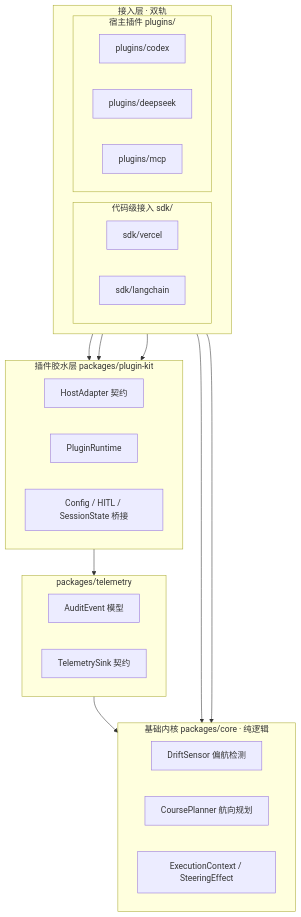
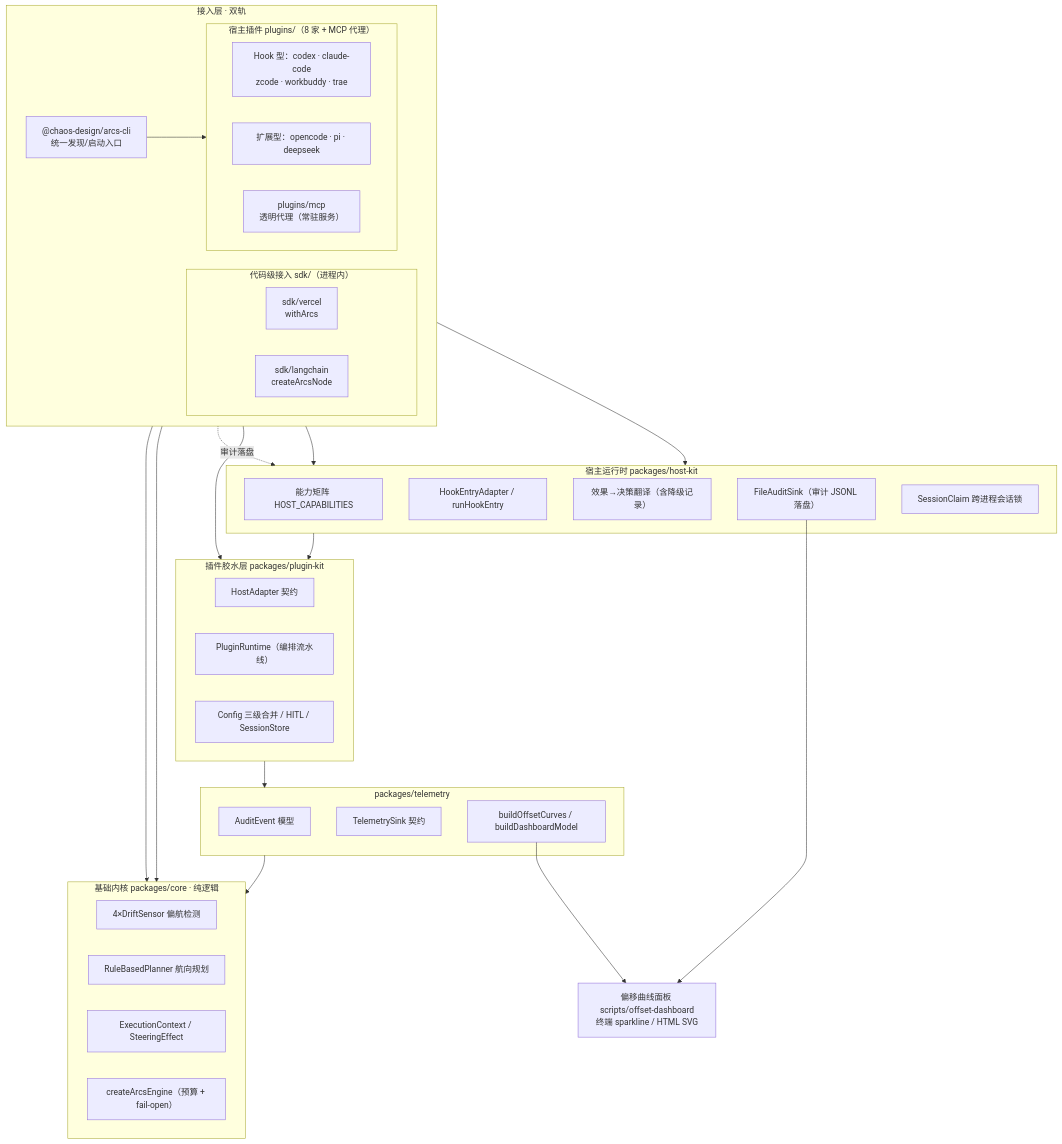
Before and after one commit to chaos-design/arcs: the first of 3 diagrams in docs/architecture.md, drawn with Mermaid. The commit also changed other lines of this file and 24 other files, not shown here.

Commit message:
docs+site: 架构文档修订至当前实现（host-kit/8 插件/能力矩阵/稳健性红线）、新增 host-kit 分册与面试题库（36 题）、Vite+React 文档站点（内嵌 docs、mermaid 单 chunk 根治首渲死锁、CJK 粗体兼容）+ GitHub Pages 工作流

````diff
--- a/docs/architecture.md
+++ b/docs/architecture.md
@@ -20,37 +21,54 @@
 ```mermaid
 flowchart TB
   subgraph L1["接入层 · 双轨"]
     direction LR
-    subgraph SDK["代码级接入 sdk/"]
-      SV["sdk/vercel"]
-      SL["sdk/langchain"]
+    subgraph SDK["代码级接入 sdk/（进程内）"]
+      SV["sdk/vercel<br/>withArcs"]
+      SL["sdk/langchain<br/>createArcsNode"]
     end
-    subgraph PL["宿主插件 plugins/"]
-      CODEX["plugins/codex"]
-      DS["plugins/deepseek"]
-      MCP["plugins/mcp"]
+    subgraph PL["宿主插件 plugins/（8 家 + MCP 代理）"]
+      direction LR
+      NATIVE["Hook 型：codex · claude-code<br/>zcode · workbuddy · trae"]
+      EXT["扩展型：opencode · pi · deepseek"]
+      MCPP["plugins/mcp<br/>透明代理（常驻服务）"]
     end
+    CLI["@chaos-design/arcs-cli<br/>统一发现/启动入口"]
+  end
+  subgraph HK["宿主运行时 packages/host-kit"]
+    CAP["能力矩阵 HOST_CAPABILITIES"]
+    HOOK["HookEntryAdapter / runHookEntry"]
+    DEC["效果→决策翻译（含降级记录）"]
+    AUDIT["FileAuditSink（审计 JSONL 落盘）"]
+    CLAIM["SessionClaim 跨进程会话锁"]
   end
   subgraph KIT["插件胶水层 packages/plugin-kit"]
     HA["HostAdapter 契约"]
-    RT["PluginRuntime"]
-    BR["Config / HITL / SessionState 桥接"]
+    RT["PluginRuntime（编排流水线）"]
+    BR["Config 三级合并 / HITL / SessionStore"]
   end
   subgraph TELE["packages/telemetry"]
     AE["AuditEvent 模型"]
     TS["TelemetrySink 契约"]
+    CURVE["buildOffsetCurves / buildDashboardModel"]
   end
   subgraph CORE["基础内核 packages/core · 纯逻辑"]
-    SENSE["DriftSensor 偏航检测"]
-    PLAN["CoursePlanner 航向规划"]
+    SENSE["4×DriftSensor 偏航检测"]
+    PLAN["RuleBasedPlanner 航向规划"]
     MODEL["ExecutionContext / SteeringEffect"]
+    ENG["createArcsEngine（预算 + fail-open）"]
   end
+  DASH["偏移曲线面板 scripts/offset-dashboard<br/>终端 sparkline / HTML SVG"]
 
+  NATIVE --> HK
+  EXT --> HK
+  MCPP --> KIT
+  MCPP -.审计落盘.-> HK
+  HK --> KIT
+  KIT --> TELE
+  TELE --> CORE
   SV --> CORE
   SL --> CORE
-  CODEX --> KIT
-  DS --> KIT
-  MCP --> KIT
-  KIT --> TELE
-  TELE --> CORE
+  CLI --> MCPP
+  AUDIT --> DASH
+  CURVE --> DASH
 ```
````
